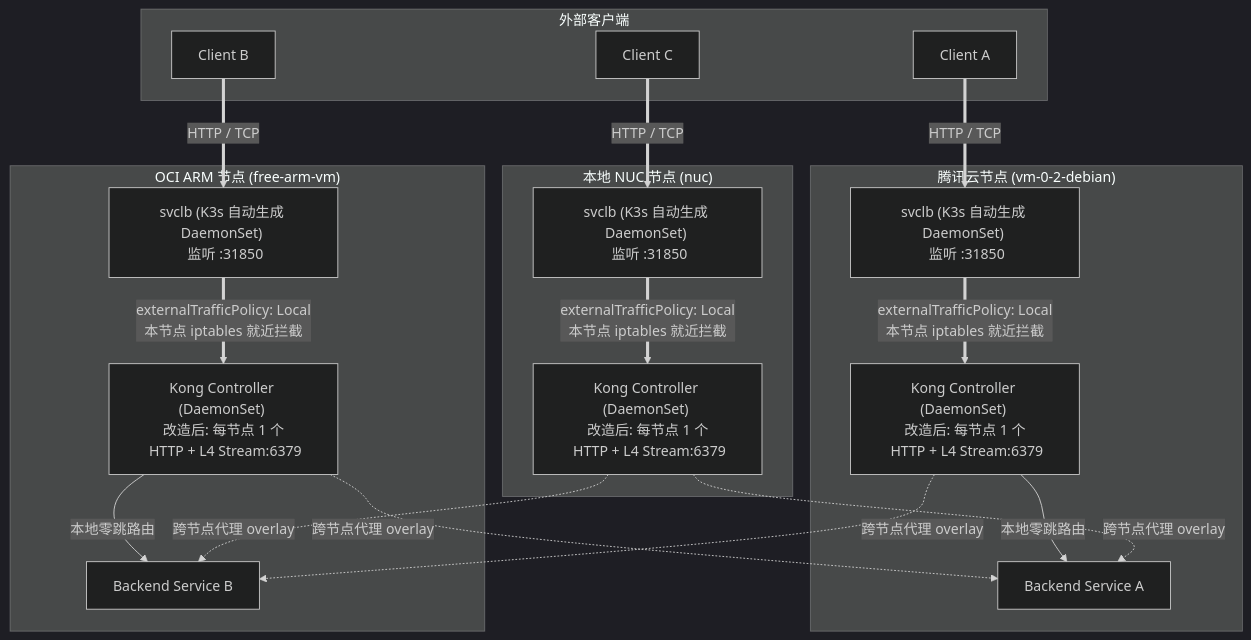
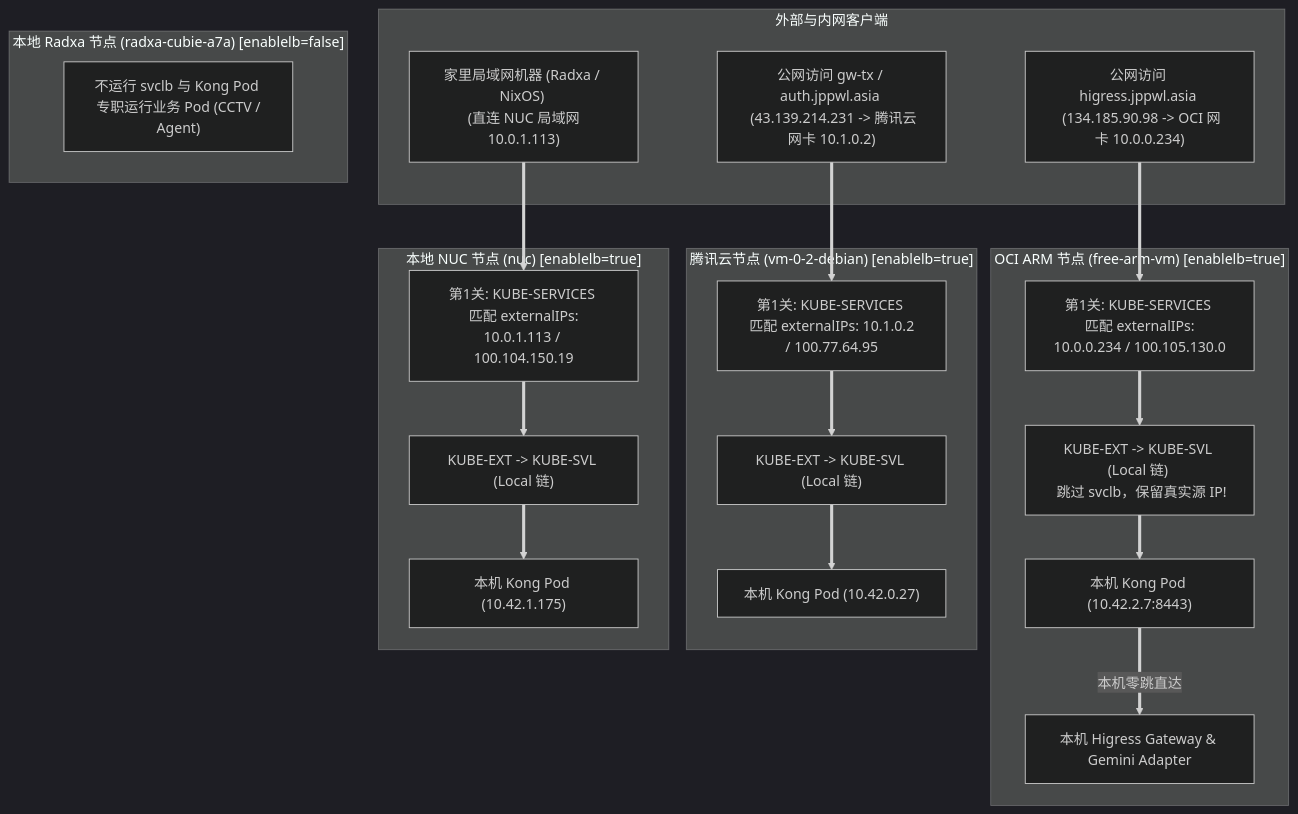
One commit to nvd11/my-blogs changed the third of 3 diagrams in kong_ha_daemonset_local_traffic_architecture.md. Above: the diagram before and after it, drawn with Mermaid (dark theme). The commit also changed other lines of this file, not shown here.

Commit message:
docs(kong): deep dive on svclb MASQUERADE bypassing externalTrafficPolicy Local and externalIPs fix

````diff
--- a/kong_ha_daemonset_local_traffic_architecture.md
+++ b/kong_ha_daemonset_local_traffic_architecture.md
@@ -78,40 +293,35 @@
 ```mermaid
 graph TD
-    subgraph Clients ["外部客户端"]
-        C1["Client A"]
-        C2["Client B"]
-        C3["Client C"]
+    subgraph Clients ["外部与内网客户端"]
+        C_Pub_OCI["公网访问 higress.jppwl.asia <br/> (134.185.90.98 -> OCI 网卡 10.0.0.234)"]
+        C_Pub_TX["公网访问 gw-tx / auth.jppwl.asia <br/> (43.139.214.231 -> 腾讯云网卡 10.1.0.2)"]
+        C_LAN["家里局域网机器 (Radxa / NixOS) <br/> (直连 NUC 局域网 10.0.1.113)"]
     end
 
-    subgraph Node1 ["腾讯云节点 (vm-0-2-debian)"]
-        LB1["svclb (K3s 自动生成 DaemonSet) <br/> 监听 :31850"]
-        KongDS1["Kong Controller (DaemonSet) <br/> 改造后: 每节点 1 个 <br/> HTTP + L4 Stream:6379"]
-        Svc1["Backend Service A"]
+    subgraph Node_OCI ["OCI ARM 节点 (free-arm-vm) [enablelb=true]"]
+        KS_OCI["第1关: KUBE-SERVICES <br/> 匹配 externalIPs: 10.0.0.234 / 100.105.130.0"]
+        SVL_OCI["KUBE-EXT -> KUBE-SVL (Local 链) <br/> 跳过 svclb，保留真实源 IP!"]
+        Kong_OCI["本机 Kong Pod (10.42.2.7:8443)"]
+        Higress["本机 Higress Gateway & Gemini Adapter"]
     end
 
-    subgraph Node2 ["OCI ARM 节点 (free-arm-vm)"]
-        LB2["svclb (K3s 自动生成 DaemonSet) <br/> 监听 :31850"]
-        KongDS2["Kong Controller (DaemonSet) <br/> 改造后: 每节点 1 个 <br/> HTTP + L4 Stream:6379"]
-        Svc2["Backend Service B"]
+    subgraph Node_TX ["腾讯云节点 (vm-0-2-debian) [enablelb=true]"]
+        KS_TX["第1关: KUBE-SERVICES <br/> 匹配 externalIPs: 10.1.0.2 / 100.77.64.95"]
+        SVL_TX["KUBE-EXT -> KUBE-SVL (Local 链)"]
+        Kong_TX["本机 Kong Pod (10.42.0.27)"]
     end
 
-    subgraph Node3 ["本地 NUC 节点 (nuc)"]
-        LB3["svclb (K3s 自动生成 DaemonSet) <br/> 监听 :31850"]
-        KongDS3["Kong Controller (DaemonSet) <br/> 改造后: 每节点 1 个 <br/> HTTP + L4 Stream:6379"]
+    subgraph Node_NUC ["本地 NUC 节点 (nuc) [enablelb=true]"]
+        KS_NUC["第1关: KUBE-SERVICES <br/> 匹配 externalIPs: 10.0.1.113 / 100.104.150.19"]
+        SVL_NUC["KUBE-EXT -> KUBE-SVL (Local 链)"]
+        Kong_NUC["本机 Kong Pod (10.42.1.175)"]
     end
 
-    C1 ==>|HTTP / TCP| LB1
-    C2 ==>|HTTP / TCP| LB2
-    C3 ==>|HTTP / TCP| LB3
+    subgraph Node_Radxa ["本地 Radxa 节点 (radxa-cubie-a7a) [enablelb=false]"]
+        NoKong["不运行 svclb 与 Kong Pod <br/> 专职运行业务 Pod (CCTV / Agent)"]
+    end
 
-    LB1 ==>|externalTrafficPolicy: Local <br/> 本节点 iptables 就近拦截| KongDS1
-    LB2 ==>|externalTrafficPolicy: Local <br/> 本节点 iptables 就近拦截| KongDS2
-    LB3 ==>|externalTrafficPolicy: Local <br/> 本节点 iptables 就近拦截| KongDS3
-
-    KongDS1 -->|本地零跳路由| Svc1
-    KongDS1 -.->|跨节点代理 overlay| Svc2
-    KongDS2 -->|本地零跳路由| Svc2
-    KongDS2 -.->|跨节点代理 overlay| Svc1
-    KongDS3 -.->|跨节点代理 overlay| Svc1
-    KongDS3 -.->|跨节点代理 overlay| Svc2
+    C_Pub_OCI ==> KS_OCI ==> SVL_OCI ==> Kong_OCI ==>|本机零跳直达| Higress
+    C_Pub_TX ==> KS_TX ==> SVL_TX ==> Kong_TX
+    C_LAN ==> KS_NUC ==> SVL_NUC ==> Kong_NUC
 ```
````
